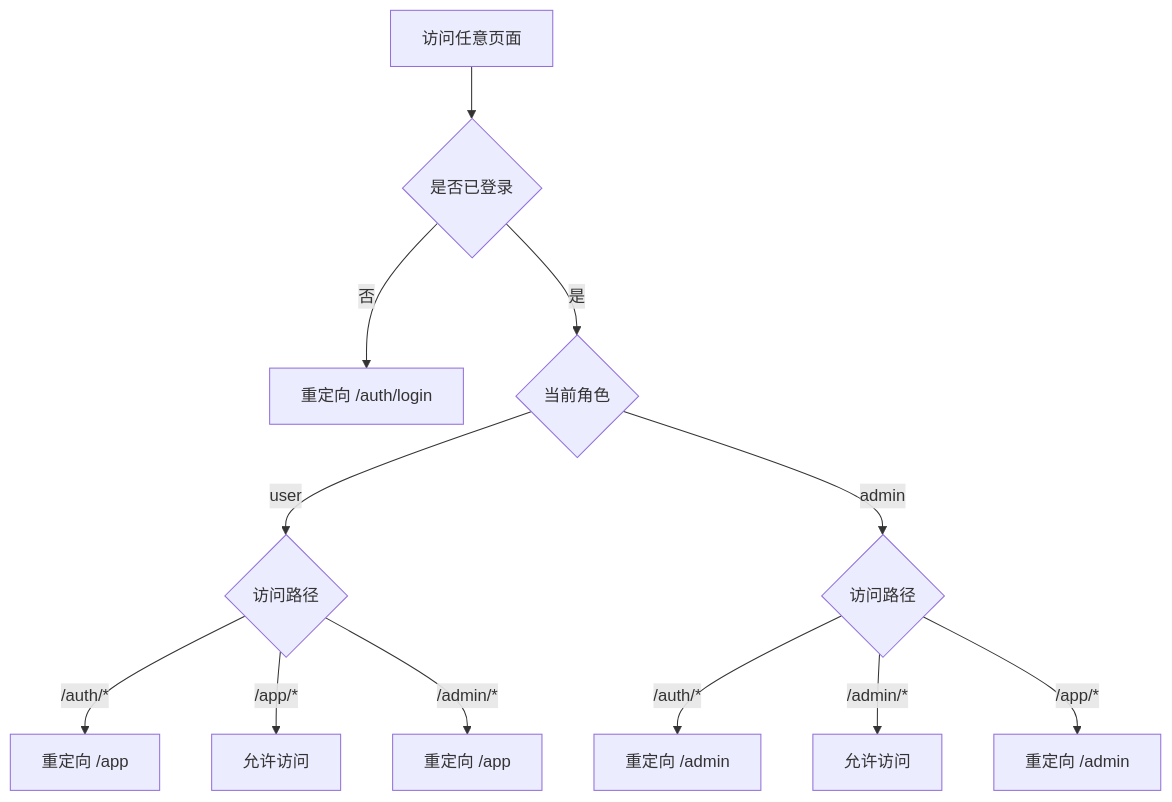
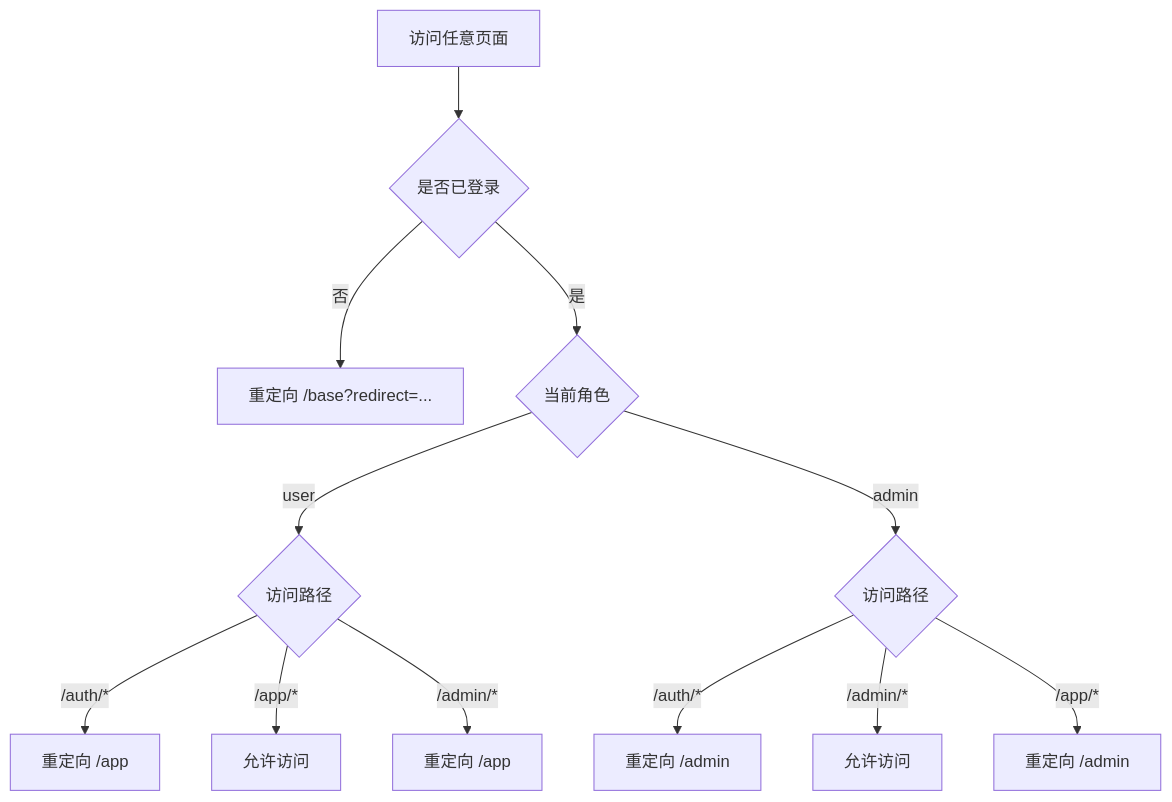
The fourth of 6 diagrams in docs/PLAN.md (MeiYanDong/virtuals-whale-radar), drawn with Mermaid before and after one commit. The commit also changed other lines of this file and 23 other files, not shown here.

````diff
--- a/docs/PLAN.md
+++ b/docs/PLAN.md
@@ -1011,16 +1012,16 @@
 ```mermaid
 flowchart TD
   A["访问任意页面"] --> B{"是否已登录"}
-  B -- "否" --> C["重定向 /auth/login"]
+  B -- "否" --> C["重定向 /base?redirect=..."]
   B -- "是" --> D{"当前角色"}
 
   D -- "user" --> E{"访问路径"}
   E -- "/auth/*" --> F["重定向 /app"]
   E -- "/app/*" --> G["允许访问"]
   E -- "/admin/*" --> H["重定向 /app"]
 
   D -- "admin" --> I{"访问路径"}
   I -- "/auth/*" --> J["重定向 /admin"]
   I -- "/admin/*" --> K["允许访问"]
   I -- "/app/*" --> L["重定向 /admin"]
 ```
````
